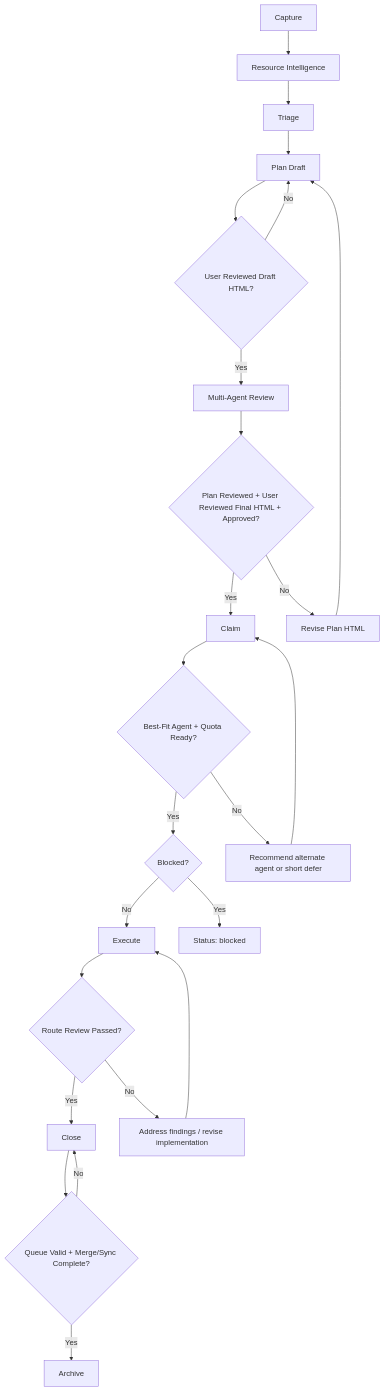
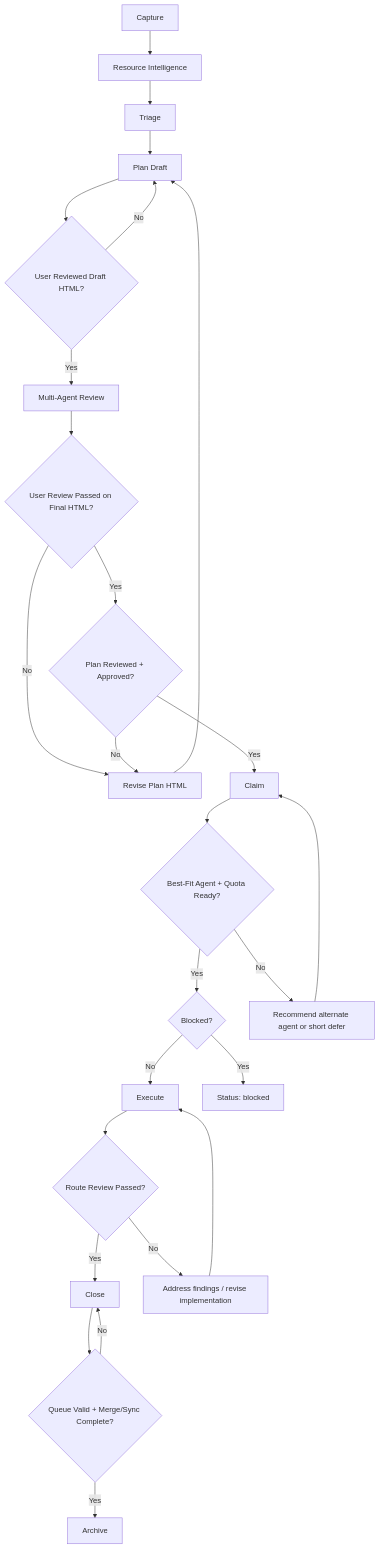
One commit to vamseeachanta/workspace-hub changed the diagram in .claude/work-queue/process.md. Above: the diagram before and after it, drawn with Mermaid. The commit also changed other lines of this file and 4 other files, not shown here.

Commit message:
docs(work-queue): reconcile WRK-624 with final review chain

````diff
--- a/.claude/work-queue/process.md
+++ b/.claude/work-queue/process.md
@@ -14,26 +14,28 @@
 ```mermaid
 flowchart TD
     A[Capture] --> B[Resource Intelligence]
     B --> C[Triage]
     C --> D[Plan Draft]
     D --> E{User Reviewed Draft HTML?}
     E -- Yes --> F[Multi-Agent Review]
     E -- No --> D
-    F --> G{Plan Reviewed + User Reviewed Final HTML + Approved?}
-    G -- Yes --> H[Claim]
+    F --> G{User Review Passed on Final HTML?}
+    G -- Yes --> H{Plan Reviewed + Approved?}
     G -- No --> F1[Revise Plan HTML]
     F1 --> D
-    H --> I{Best-Fit Agent + Quota Ready?}
-    I -- Yes --> J{Blocked?}
-    I -- No --> H1[Recommend alternate agent or short defer]
-    H1 --> H
-    J -- No --> K[Execute]
-    J -- Yes --> L[Status: blocked]
-    K --> M{Route Review Passed?}
-    M -- Yes --> N[Close]
-    M -- No --> M1[Address findings / revise implementation]
-    M1 --> K
-    N --> O{Queue Valid + Merge/Sync Complete?}
-    O -- Yes --> P[Archive]
-    O -- No --> N
+    H -- Yes --> I[Claim]
+    H -- No --> F1
+    I --> J{Best-Fit Agent + Quota Ready?}
+    J -- Yes --> K{Blocked?}
+    J -- No --> I1[Recommend alternate agent or short defer]
+    I1 --> I
+    K -- No --> L[Execute]
+    K -- Yes --> M[Status: blocked]
+    L --> N{Route Review Passed?}
+    N -- Yes --> O[Close]
+    N -- No --> N1[Address findings / revise implementation]
+    N1 --> L
+    O --> P{Queue Valid + Merge/Sync Complete?}
+    P -- Yes --> Q[Archive]
+    P -- No --> O
 ```
````
